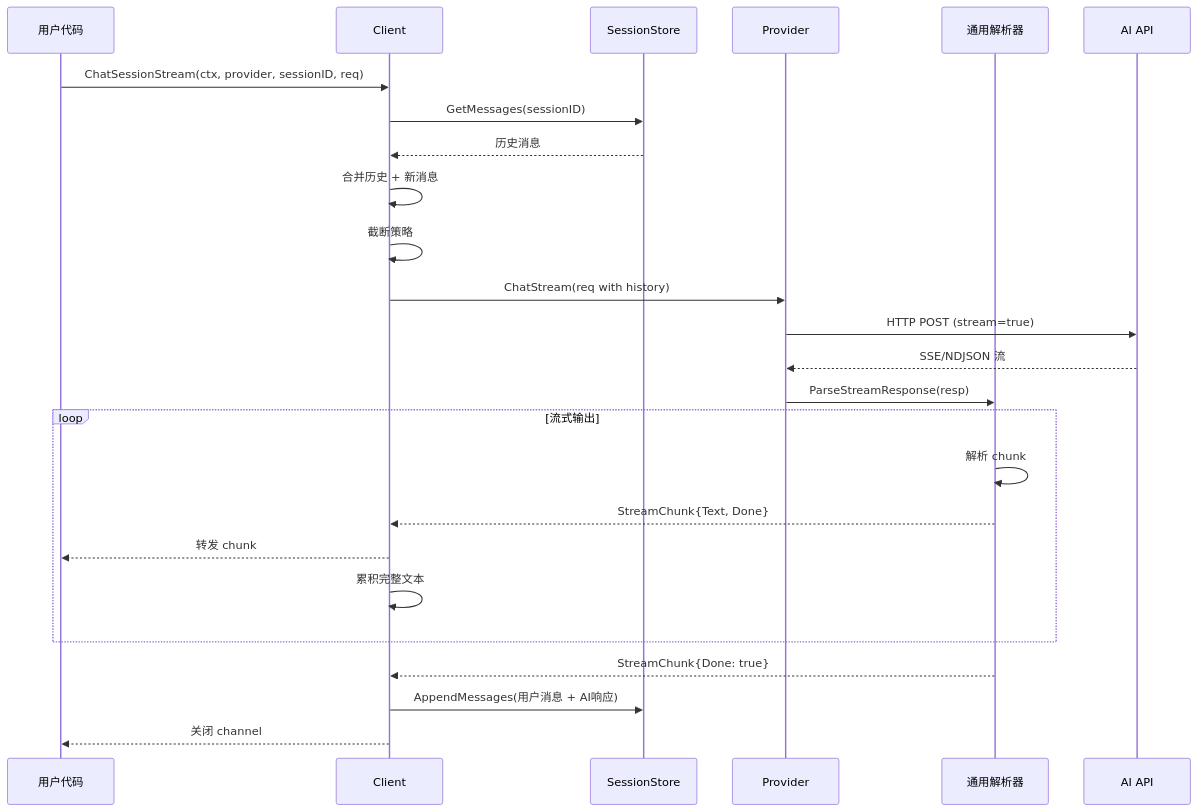
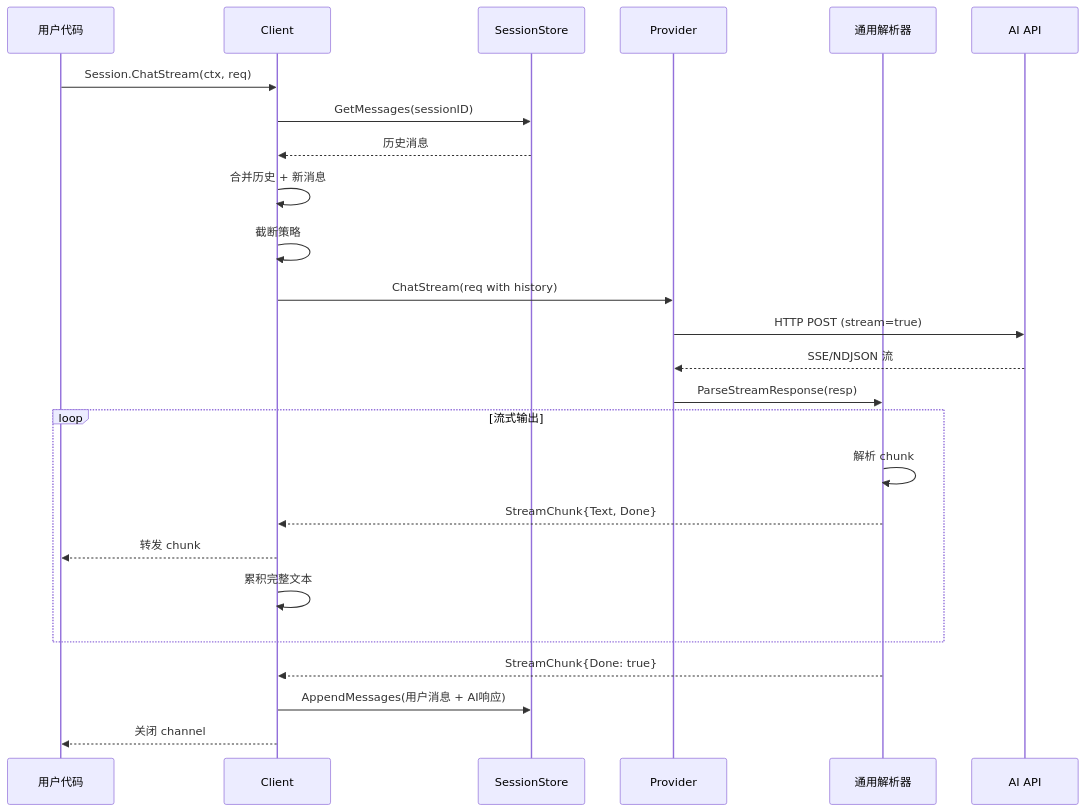
Before and after one commit to Michaelxwb/ai-api-sdk: the diagram in docs/architecture.md, drawn with Mermaid. The commit also changed other lines of this file and 40 other files, not shown here.

````diff
--- a/docs/architecture.md
+++ b/docs/architecture.md
@@ -106,30 +106,30 @@
 ```mermaid
 sequenceDiagram
     participant User as 用户代码
     participant Client as Client
     participant Session as SessionStore
     participant Provider as Provider
     participant Parser as 通用解析器
     participant API as AI API
 
-    User->>Client: ChatSessionStream(ctx, provider, sessionID, req)
+    User->>Client: Session.ChatStream(ctx, req)
     Client->>Session: GetMessages(sessionID)
     Session-->>Client: 历史消息
     Client->>Client: 合并历史 + 新消息
     Client->>Client: 截断策略
     Client->>Provider: ChatStream(req with history)
     Provider->>API: HTTP POST (stream=true)
     API-->>Provider: SSE/NDJSON 流
     Provider->>Parser: ParseStreamResponse(resp)
 
     loop 流式输出
         Parser->>Parser: 解析 chunk
         Parser-->>Client: StreamChunk{Text, Done}
         Client-->>User: 转发 chunk
         Client->>Client: 累积完整文本
     end
 
     Parser-->>Client: StreamChunk{Done: true}
     Client->>Session: AppendMessages(用户消息 + AI响应)
     Client-->>User: 关闭 channel
 ```
````
